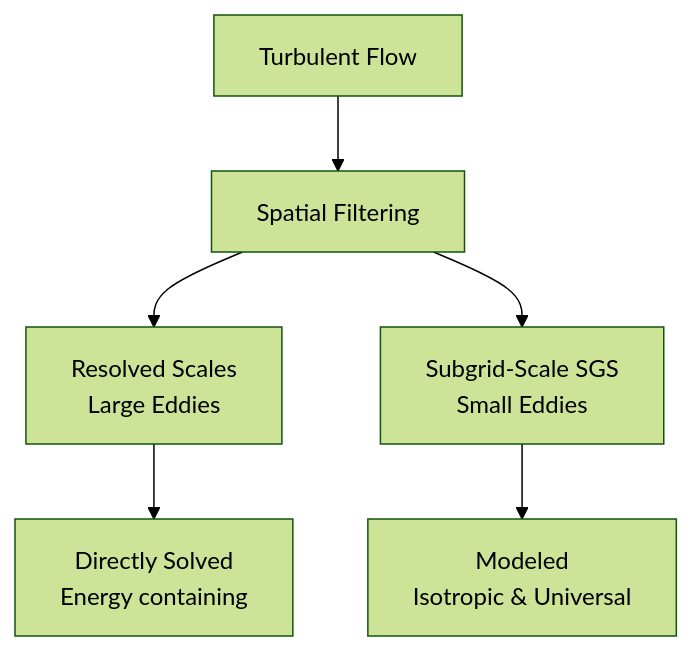
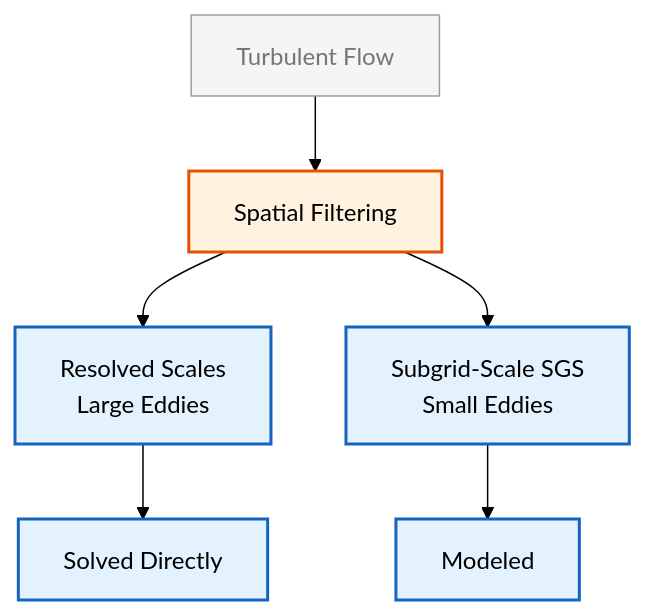
One commit to wramet/build-my-cfd changed the first of 2 diagrams in MODULE_03_SINGLE_PHASE_FLOW/CONTENT/03_TURBULENCE_MODELING/04_LES_Fundamentals.md. Above: the diagram before and after it, drawn with Mermaid (forest theme). The commit also changed other lines of this file and 313 other files, not shown here.

Commit message:
Revise all diagram

````diff
--- a/MODULE_03_SINGLE_PHASE_FLOW/CONTENT/03_TURBULENCE_MODELING/04_LES_Fundamentals.md
+++ b/MODULE_03_SINGLE_PHASE_FLOW/CONTENT/03_TURBULENCE_MODELING/04_LES_Fundamentals.md
@@ -27,8 +27,13 @@
 ```mermaid
 flowchart TD
-    A[Turbulent Flow] --> B[Spatial Filtering]
-    B --> C[Resolved Scales<br/>Large Eddies]
-    B --> D[Subgrid-Scale SGS<br/>Small Eddies]
-    C --> E[Directly Solved<br/>Energy containing]
-    D --> F[Modeled<br/>Isotropic & Universal]
+%% Classes
+classDef explicit fill:#fff3e0,stroke:#e65100,stroke-width:2px;
+classDef implicit fill:#e3f2fd,stroke:#1565c0,stroke-width:2px;
+classDef context fill:#f5f5f5,stroke:#9e9e9e,stroke-width:1px,color:#757575;
+%% Nodes
+A[Turbulent Flow]:::context --> B[Spatial Filtering]:::explicit
+B --> C[Resolved Scales<br/>Large Eddies]:::implicit
+B --> D[Subgrid-Scale SGS<br/>Small Eddies]:::implicit
+C --> E[Solved Directly]:::implicit
+D --> F[Modeled]:::implicit
 ```
````
